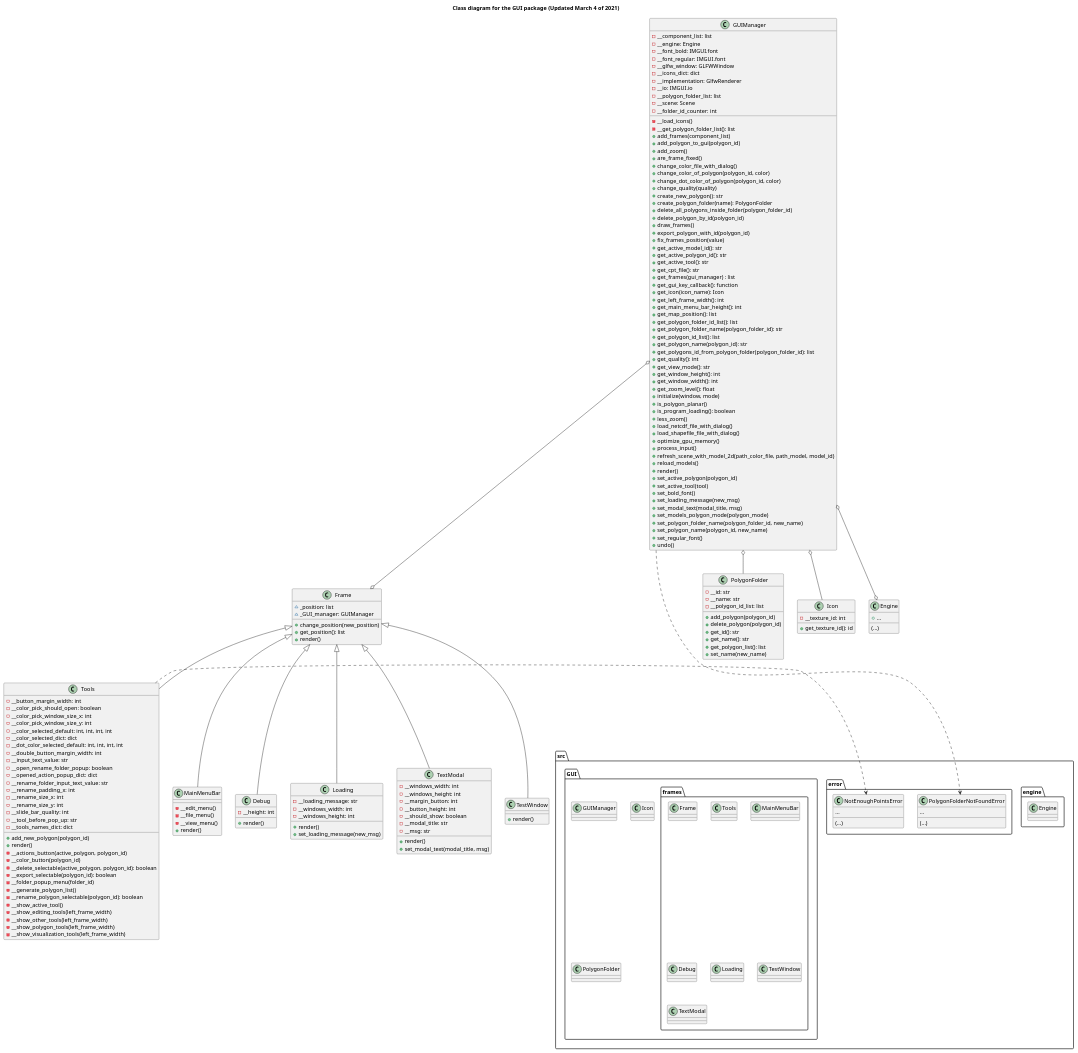
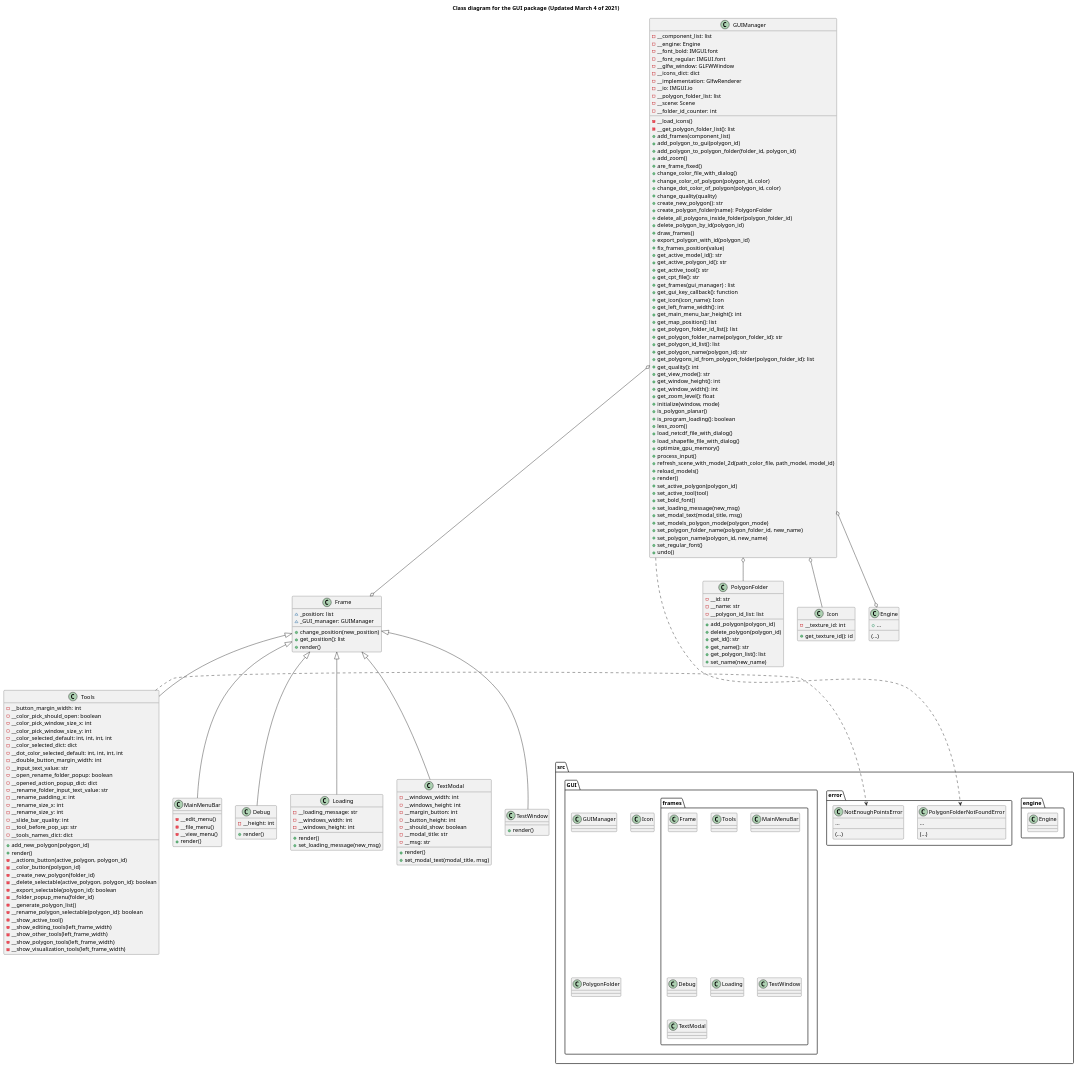
One commit to ferpoble2/Relief_Creator changed the diagram in docs/gui_package.puml. Above: the diagram before and after it, drawn with PlantUML. The commit also changed 2 other files, not shown here.

Commit message:
Added add_polygon_to_polygon_folder method to the guimanager and __create_new_polygon to the Tools class

```diff
--- a/docs/gui_package.puml
+++ b/docs/gui_package.puml
@@ -68,6 +68,7 @@
     - __get_polygon_folder_list(): list
     + add_frames(component_list)
     + add_polygon_to_gui(polygon_id)
+    + add_polygon_to_polygon_folder(folder_id, polygon_id)
     + add_zoom()
     + are_frame_fixed()
     + change_color_file_with_dialog()
@@ -172,6 +173,7 @@
     + render()
     - __actions_button(active_polygon, polygon_id)
     - __color_button(polygon_id)
+    - __create_new_polygon(folder_id)
     - __delete_selectable(active_polygon, polygon_id): boolean
     - __export_selectable(polygon_id): boolean
     - __folder_popup_menu(folder_id)
```
